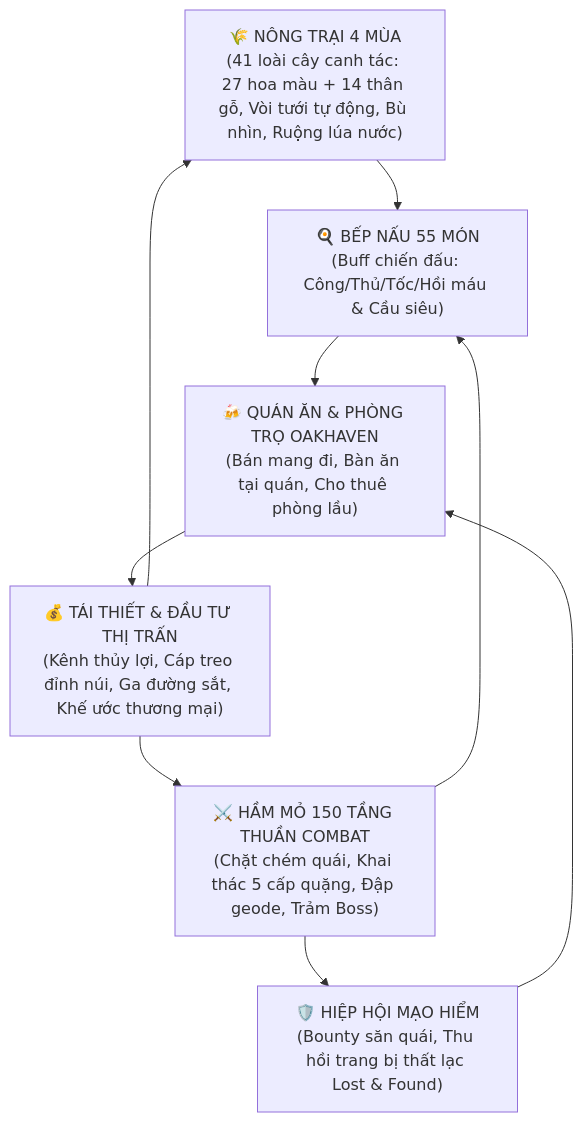
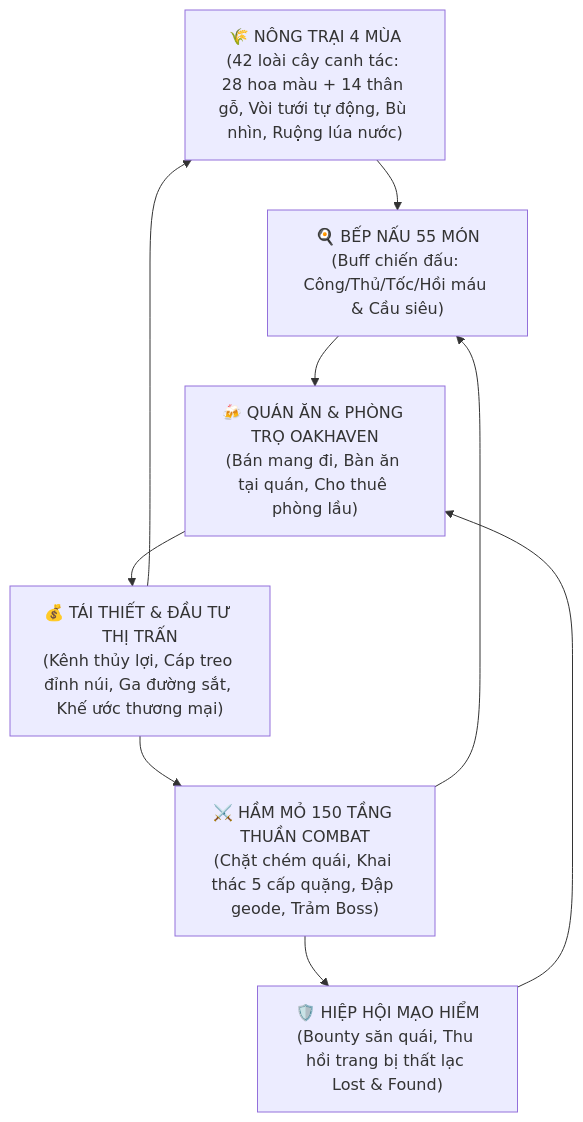
One commit to mquand/rowan-of-oakhaven-wiki changed the diagram in OAKHAVEN_DESIGN_COMPENDIUM.md. Above: the diagram before and after it, drawn with Mermaid. The commit also changed other lines of this file and 17 other files, not shown here.

````diff
--- a/OAKHAVEN_DESIGN_COMPENDIUM.md
+++ b/OAKHAVEN_DESIGN_COMPENDIUM.md
@@ -11,11 +11,11 @@
 ```mermaid
 flowchart TD
-    Farm["🌾 NÔNG TRẠI 4 MÙA<br/>(41 loài cây canh tác: 27 hoa màu + 14 thân gỗ, Vòi tưới tự động, Bù nhìn, Ruộng lúa nước)"] --> Kitchen["🍳 BẾP NẤU 55 MÓN<br/>(Buff chiến đấu: Công/Thủ/Tốc/Hồi máu & Cầu siêu)"]
+    Farm["🌾 NÔNG TRẠI 4 MÙA<br/>(42 loài cây canh tác: 28 hoa màu + 14 thân gỗ, Vòi tưới tự động, Bù nhìn, Ruộng lúa nước)"] --> Kitchen["🍳 BẾP NẤU 55 MÓN<br/>(Buff chiến đấu: Công/Thủ/Tốc/Hồi máu & Cầu siêu)"]
     Mine["⚔️ HẦM MỎ 150 TẦNG THUẦN COMBAT<br/>(Chặt chém quái, Khai thác 5 cấp quặng, Đập geode, Trảm Boss)"] --> Kitchen
     Kitchen --> Tavern["🍻 QUÁN ĂN & PHÒNG TRỌ OAKHAVEN<br/>(Bán mang đi, Bàn ăn tại quán, Cho thuê phòng lầu)"]
     Tavern --> Invest["💰 TÁI THIẾT & ĐẦU TƯ THỊ TRẤN<br/>(Kênh thủy lợi, Cáp treo đỉnh núi, Ga đường sắt, Khế ước thương mại)"]
     Invest --> Farm
     Invest --> Mine
     Mine --> Guild["🛡️ HIỆP HỘI MẠO HIỂM<br/>(Bounty săn quái, Thu hồi trang bị thất lạc Lost & Found)"]
     Guild --> Tavern
 ```
````
